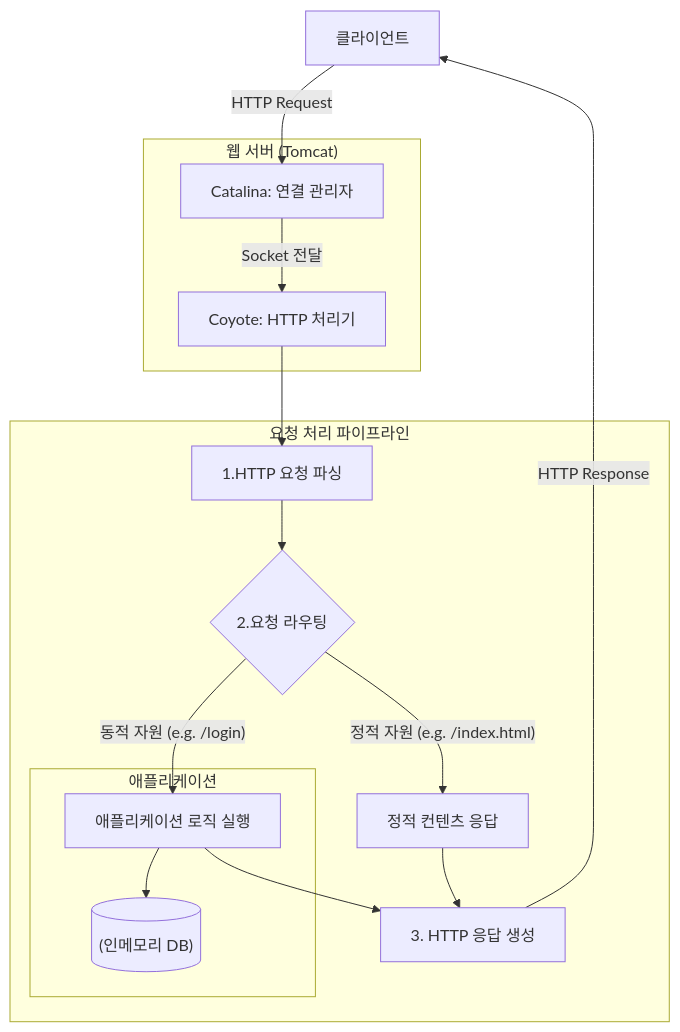
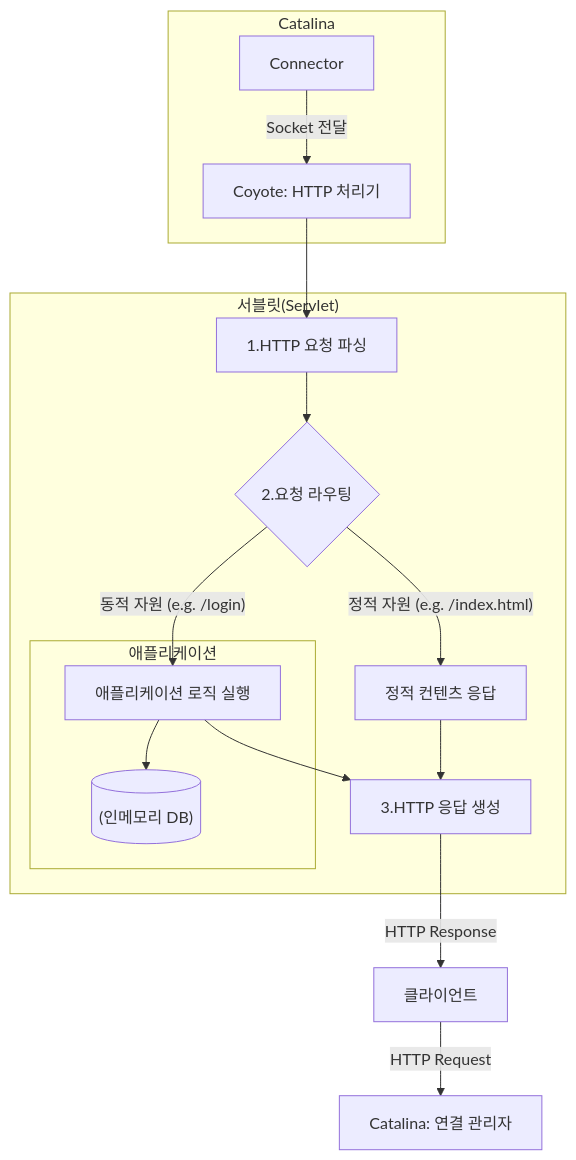
The diagram in README.md (Lieslot/jwp-dashboard-http), drawn with Mermaid before and after one commit. The commit also changed 18 other files, not shown here.

````diff
--- a/README.md
+++ b/README.md
@@ -14,24 +14,24 @@
 ```mermaid
 graph TD
     Client[클라이언트] -- HTTP Request --> Catalina["Catalina: 연결 관리자"];
 
-    subgraph "웹 서버 (Tomcat)"
-        Catalina -- Socket 전달 --> Coyote["Coyote: HTTP 처리기"];
+    subgraph " Catalina "
+        Connector -- Socket 전달 --> Coyote["Coyote: HTTP 처리기"];
     end
 
-    subgraph "요청 처리 파이프라인"
+    subgraph "서블릿(Servlet)"
         Coyote --> ParseRequest["1.HTTP 요청 파싱"];
         ParseRequest --> RouteRequest{"2.요청 라우팅"};
         RouteRequest -- 정적 자원 (e.g. /index.html) --> StaticHandler["정적 컨텐츠 응답"];
         RouteRequest -- 동적 자원 (e.g. /login) --> AppLogic["애플리케이션 로직 실행"];
         
         subgraph "애플리케이션"
             AppLogic --> DB[("(인메모리 DB)")];
         end
 
-        StaticHandler --> GenerateResponse["3. HTTP 응답 생성"];
+        StaticHandler --> GenerateResponse["3.HTTP 응답 생성"];
         AppLogic --> GenerateResponse;
     end
 
     GenerateResponse -- HTTP Response --> Client;
 ```
````
